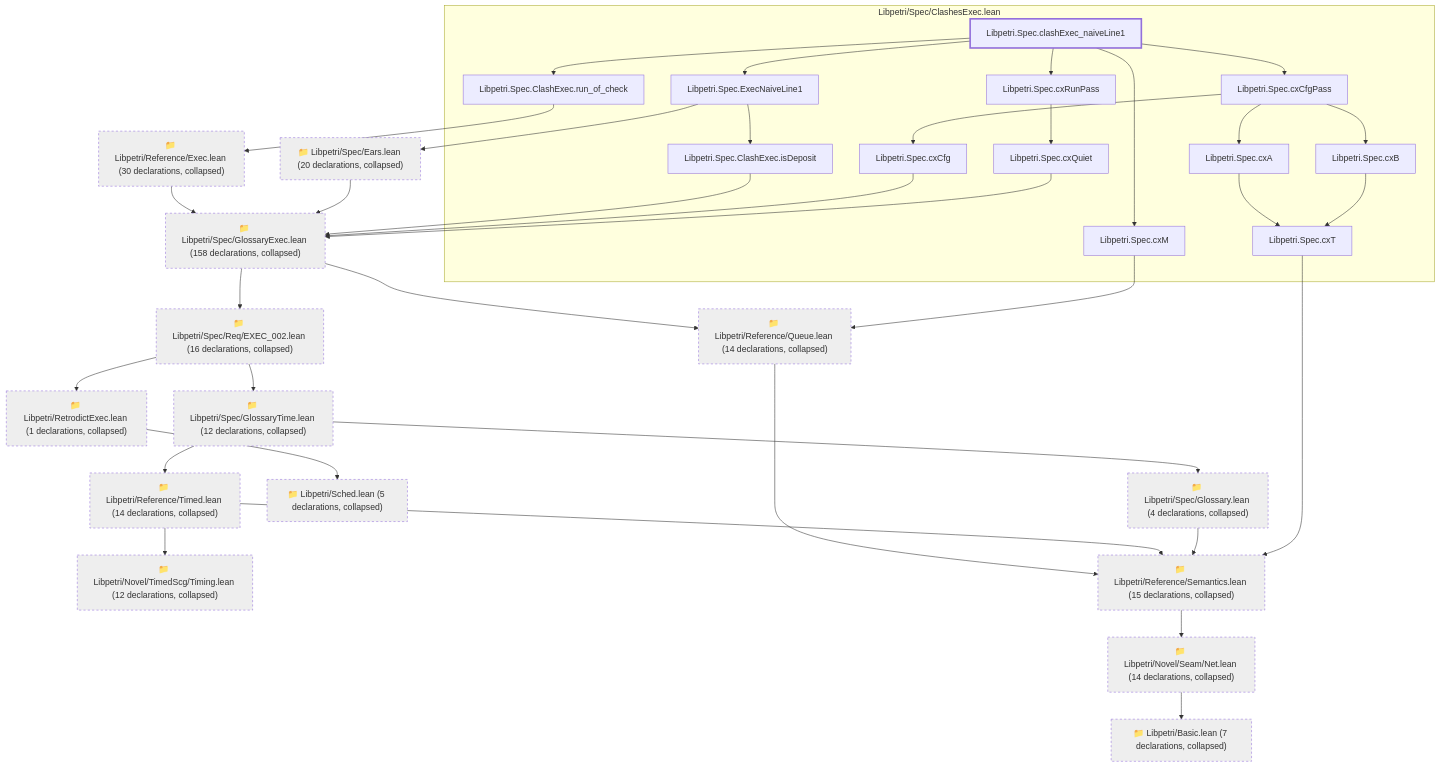
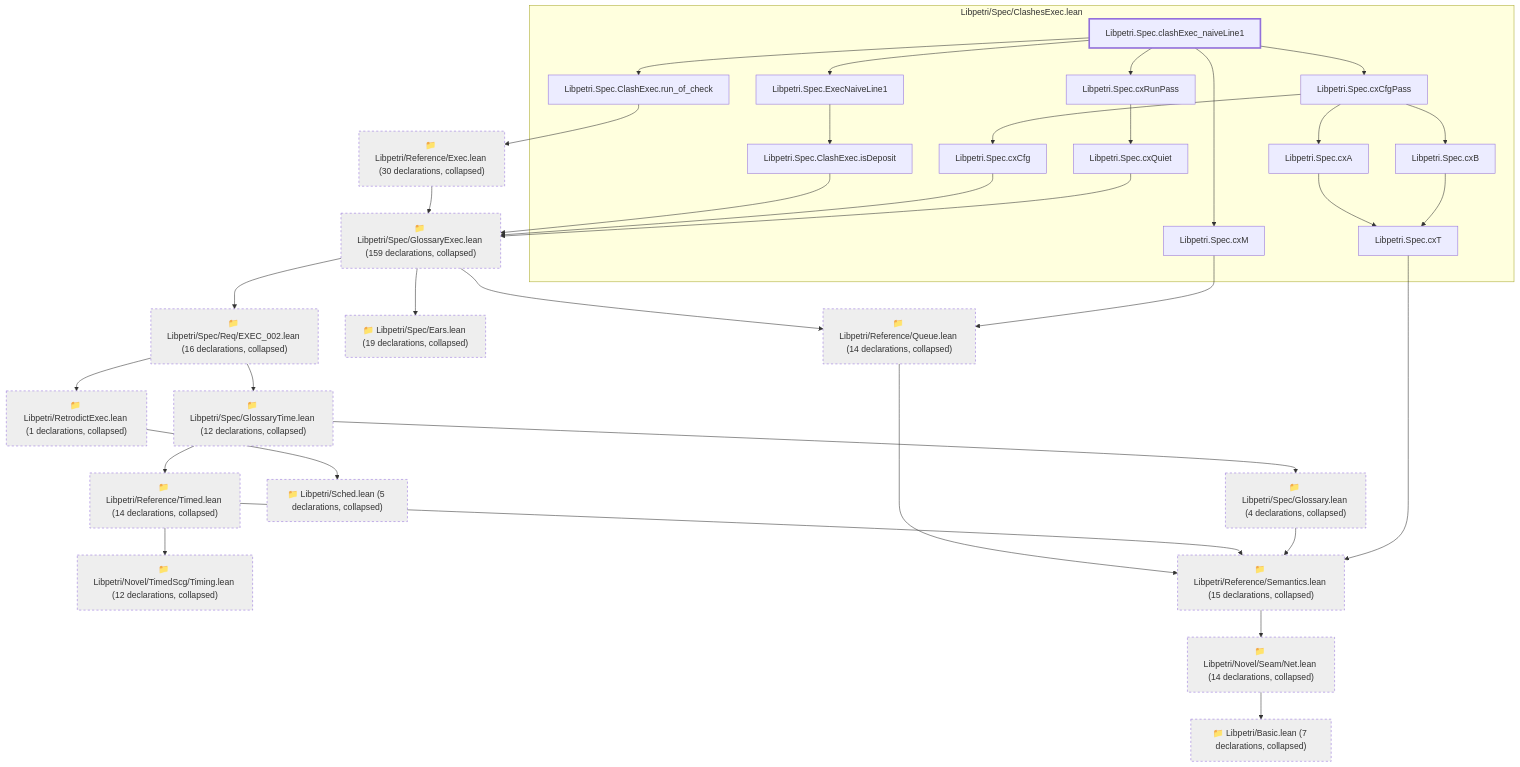
The first of 3 diagrams in lean/graph/requirements/EXEC-001.md (debe/libpetri), drawn with Mermaid before and after one commit. The commit also changed other lines of this file and 226 other files, not shown here.

First line of the commit message:
feat(spec): the index, glossary and runtime ledger are generated from Lean

````diff
--- a/lean/graph/requirements/EXEC-001.md
+++ b/lean/graph/requirements/EXEC-001.md
@@ -17,70 +17,69 @@
 ```mermaid
 flowchart TD
   subgraph g0["Libpetri/Spec/ClashesExec.lean"]
     n5953["Libpetri.Spec.ClashExec.isDeposit"]
     n5954["Libpetri.Spec.ClashExec.run_of_check"]
     n7486["Libpetri.Spec.ExecNaiveLine1"]
-    n12559["Libpetri.Spec.clashExec_naiveLine1"]
-    n14284["Libpetri.Spec.cxA"]
-    n14285["Libpetri.Spec.cxB"]
-    n14286["Libpetri.Spec.cxCfg"]
-    n14290["Libpetri.Spec.cxCfgPass"]
-    n14294["Libpetri.Spec.cxM"]
-    n14296["Libpetri.Spec.cxQuiet"]
-    n14302["Libpetri.Spec.cxRunPass"]
-    n14306["Libpetri.Spec.cxT"]
+    n12658["Libpetri.Spec.clashExec_naiveLine1"]
+    n14383["Libpetri.Spec.cxA"]
+    n14384["Libpetri.Spec.cxB"]
+    n14385["Libpetri.Spec.cxCfg"]
+    n14389["Libpetri.Spec.cxCfgPass"]
+    n14393["Libpetri.Spec.cxM"]
+    n14395["Libpetri.Spec.cxQuiet"]
+    n14401["Libpetri.Spec.cxRunPass"]
+    n14405["Libpetri.Spec.cxT"]
   end
   c0["📁 Libpetri/Basic.lean (7 declarations, collapsed)"]
   c54["📁 Libpetri/Novel/Seam/Net.lean (14 declarations, collapsed)"]
   c66["📁 Libpetri/Novel/TimedScg/Timing.lean (12 declarations, collapsed)"]
   c80["📁 Libpetri/Reference/Exec.lean (30 declarations, collapsed)"]
   c91["📁 Libpetri/Reference/Queue.lean (14 declarations, collapsed)"]
   c94["📁 Libpetri/Reference/Semantics.lean (15 declarations, collapsed)"]
   c98["📁 Libpetri/Reference/Timed.lean (14 declarations, collapsed)"]
   c103["📁 Libpetri/RetrodictExec.lean (1 declarations, collapsed)"]
   c109["📁 Libpetri/Sched.lean (5 declarations, collapsed)"]
-  c131["📁 Libpetri/Spec/Ears.lean (20 declarations, collapsed)"]
-  c132["📁 Libpetri/Spec/Glossary.lean (4 declarations, collapsed)"]
-  c139["📁 Libpetri/Spec/GlossaryExec.lean (158 declarations, collapsed)"]
-  c146["📁 Libpetri/Spec/GlossaryTime.lean (12 declarations, collapsed)"]
-  c232["📁 Libpetri/Spec/Req/EXEC_002.lean (16 declarations, collapsed)"]
+  c131["📁 Libpetri/Spec/Ears.lean (19 declarations, collapsed)"]
+  c133["📁 Libpetri/Spec/Glossary.lean (4 declarations, collapsed)"]
+  c140["📁 Libpetri/Spec/GlossaryExec.lean (159 declarations, collapsed)"]
+  c147["📁 Libpetri/Spec/GlossaryTime.lean (12 declarations, collapsed)"]
+  c234["📁 Libpetri/Spec/Req/EXEC_002.lean (16 declarations, collapsed)"]
   c54 --> c0
-  c80 --> c139
+  c80 --> c140
   c91 --> c94
   c94 --> c54
   c98 --> c66
   c98 --> c94
   c103 --> c109
-  c131 --> c139
-  c132 --> c94
-  c139 --> c91
-  c139 --> c232
-  c146 --> c98
-  c146 --> c132
-  c232 --> c103
-  c232 --> c146
-  n5953 --> c139
+  c133 --> c94
+  c140 --> c91
+  c140 --> c131
+  c140 --> c234
+  c147 --> c98
+  c147 --> c133
+  c234 --> c103
+  c234 --> c147
+  n5953 --> c140
   n5954 --> c80
-  n7486 --> c131
   n7486 --> n5953
-  n12559 --> n5954
-  n12559 --> n7486
-  n12559 --> n14290
-  n12559 --> n14294
-  n12559 --> n14302
-  n14284 --> n14306
-  n14285 --> n14306
-  n14286 --> c139
-  n14290 --> n14284
-  n14290 --> n14285
-  n14290 --> n14286
-  n14294 --> c91
-  n14296 --> c139
-  n14302 --> n14296
-  n14306 --> c94
+  n12658 --> n5954
+  n12658 --> n7486
+  n12658 --> n14389
+  n12658 --> n14393
+  n12658 --> n14401
+  n14383 --> n14405
+  n14384 --> n14405
+  n14385 --> c140
+  n14389 --> n14383
+  n14389 --> n14384
+  n14389 --> n14385
+  n14393 --> c91
+  n14395 --> c140
+  n14401 --> n14395
+  n14405 --> c94
   classDef root stroke-width:3px
   classDef locked fill:#fff3cd,stroke:#b8860b
   classDef collapsed fill:#eeeeee,stroke-dasharray:4 4
-  class n12559 root
-  class c0,c54,c66,c80,c91,c94,c98,c103,c109,c131,c132,c139,c146,c232 collapsed
+  class n12658 root
+  class c0,c54,c66,c80,c91,c94,c98,c103,c109,c131,c133,c140,c147,c234 collapsed
 ```
````
